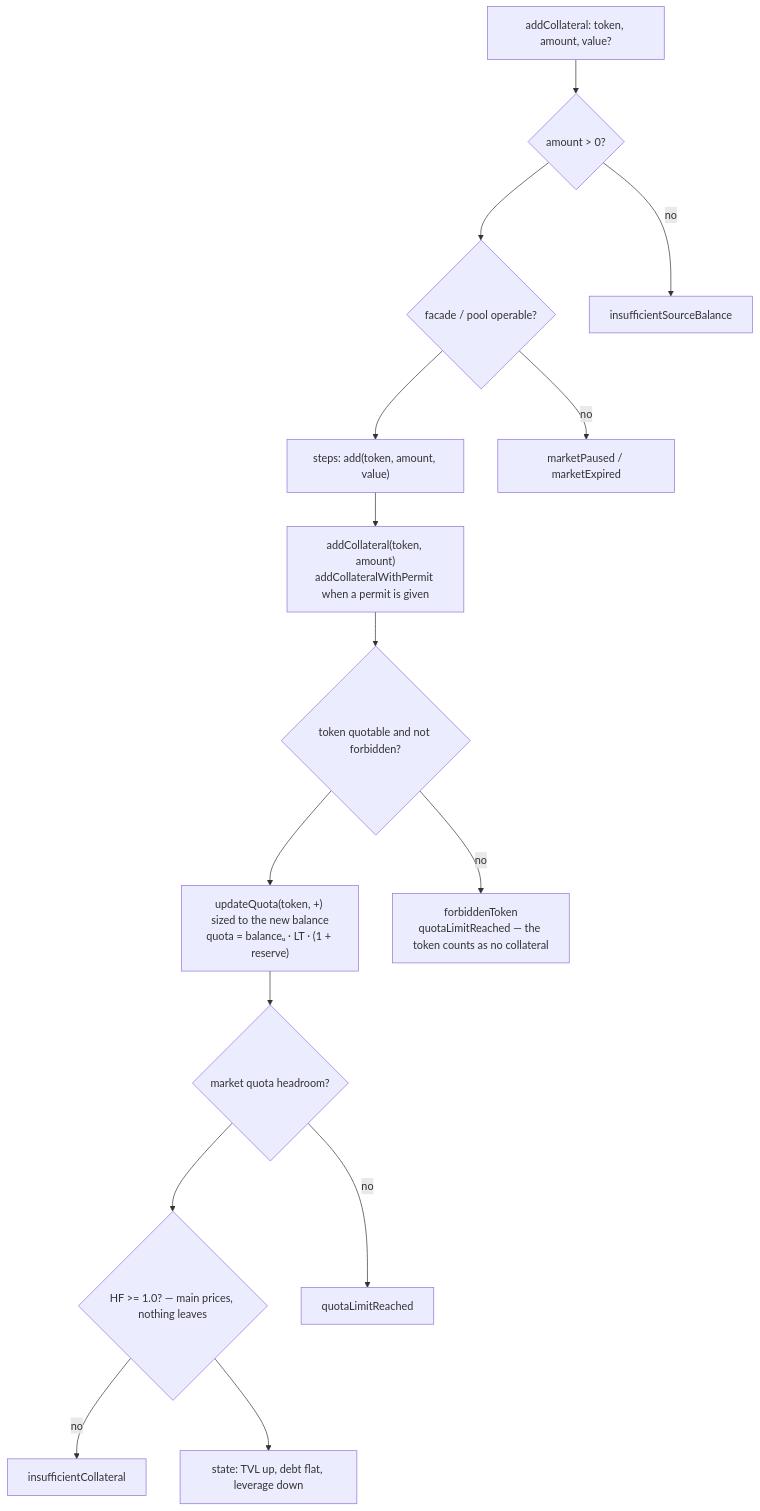
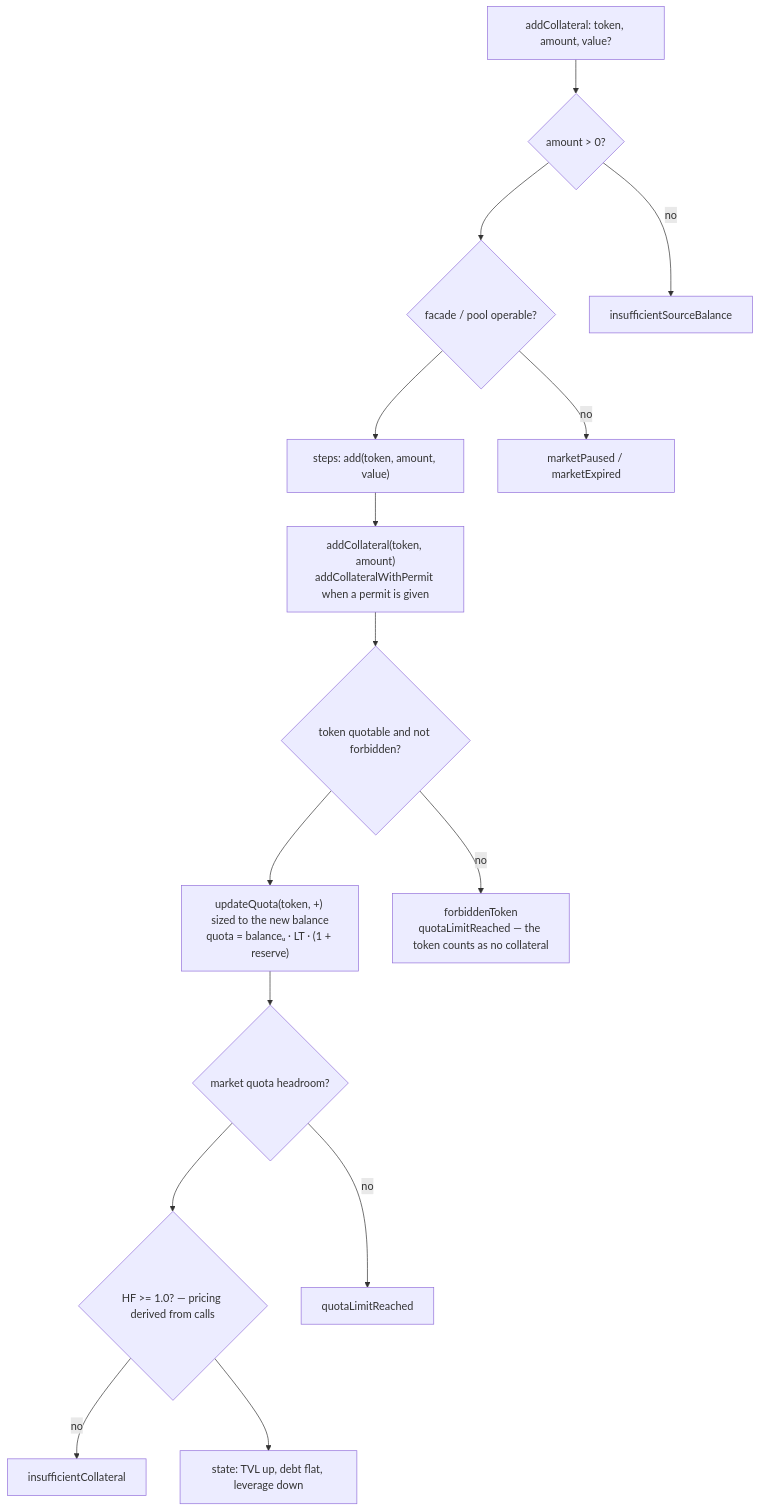
The first of 2 diagrams in docs/intents/add-collateral.md (Gearbox-protocol/sdk), drawn with Mermaid before and after one commit. The commit also changed 42 other files, not shown here.

````diff
--- a/docs/intents/add-collateral.md
+++ b/docs/intents/add-collateral.md
@@ -25,25 +25,25 @@
 ```mermaid
 flowchart TD
   in["addCollateral: token, amount, value?"]
   pos{"amount > 0?"}
   op{"facade / pool operable?"}
   s["steps: add(token, amount, value)"]
   c1["addCollateral(token, amount)<br/>addCollateralWithPermit when a permit is given"]
   grow{"token quotable and not forbidden?"}
   q["updateQuota(token, +) sized to the new balance<br/>quota = balanceᵤ · LT · (1 + reserve)"]
   head{"market quota headroom?"}
-  hf{"HF >= 1.0? — main prices, nothing leaves"}
+  hf{"HF >= 1.0? — pricing derived from calls"}
   out["state: TVL up, debt flat, leverage down"]
 
   in --> pos
   pos -->|"no"| e1["insufficientSourceBalance"]
   pos --> op
   op -->|"no"| e2["marketPaused / marketExpired"]
   op --> s --> c1 --> grow
   grow -->|"no"| e3["forbiddenToken<br/>quotaLimitReached — the token counts as no collateral"]
   grow --> q --> head
   head -->|"no"| e4["quotaLimitReached"]
   head --> hf
   hf -->|"no"| e5["insufficientCollateral"]
   hf --> out
 ```
````
